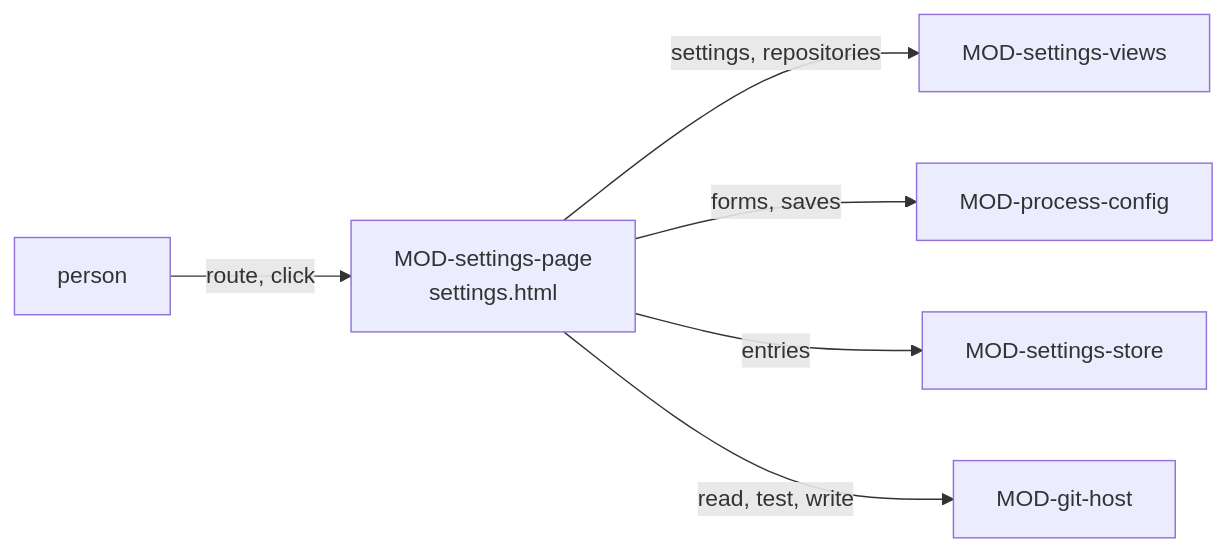
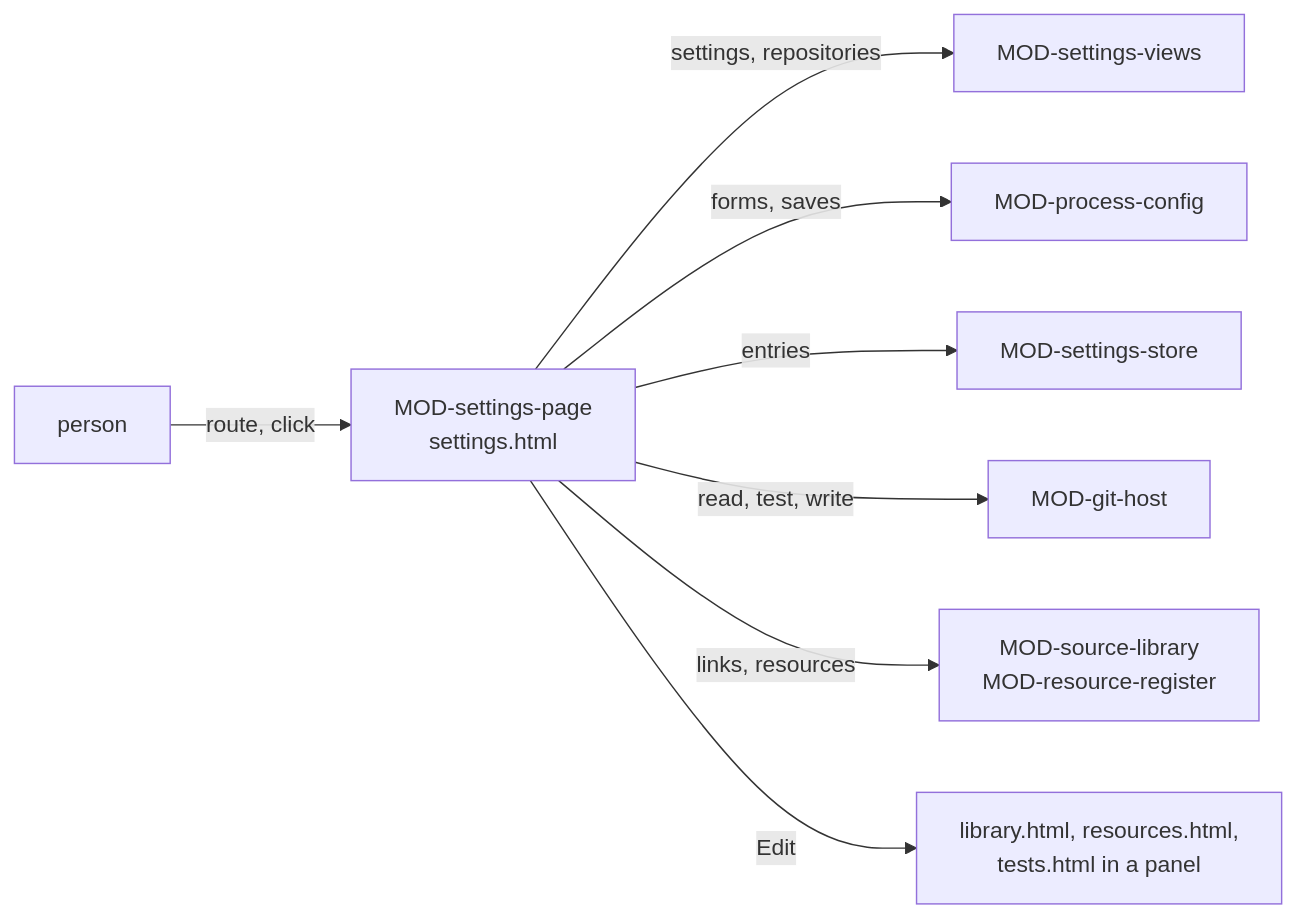
Before and after one commit to akmaier/agent-m: the diagram in docs/architecture/ARC-026-the-settings-page.md, drawn with Mermaid. The commit also changed other lines of this file and 3 other files, not shown here.

````diff
--- a/docs/architecture/ARC-026-the-settings-page.md
+++ b/docs/architecture/ARC-026-the-settings-page.md
@@ -111,14 +215,18 @@
 ```mermaid
 flowchart LR
     P["person"]
     SP["MOD-settings-page<br/>settings.html"]
     SV["MOD-settings-views"]
     PC["MOD-process-config"]
     ST["MOD-settings-store"]
     GH["MOD-git-host"]
+    LS["MOD-source-library<br/>MOD-resource-register"]
+    OP["library.html, resources.html,<br/>tests.html in a panel"]
     P -->|"route, click"| SP
     SP -->|"settings, repositories"| SV
     SP -->|"forms, saves"| PC
     SP -->|"entries"| ST
     SP -->|"read, test, write"| GH
+    SP -->|"links, resources"| LS
+    SP -->|"Edit"| OP
 ```
````
